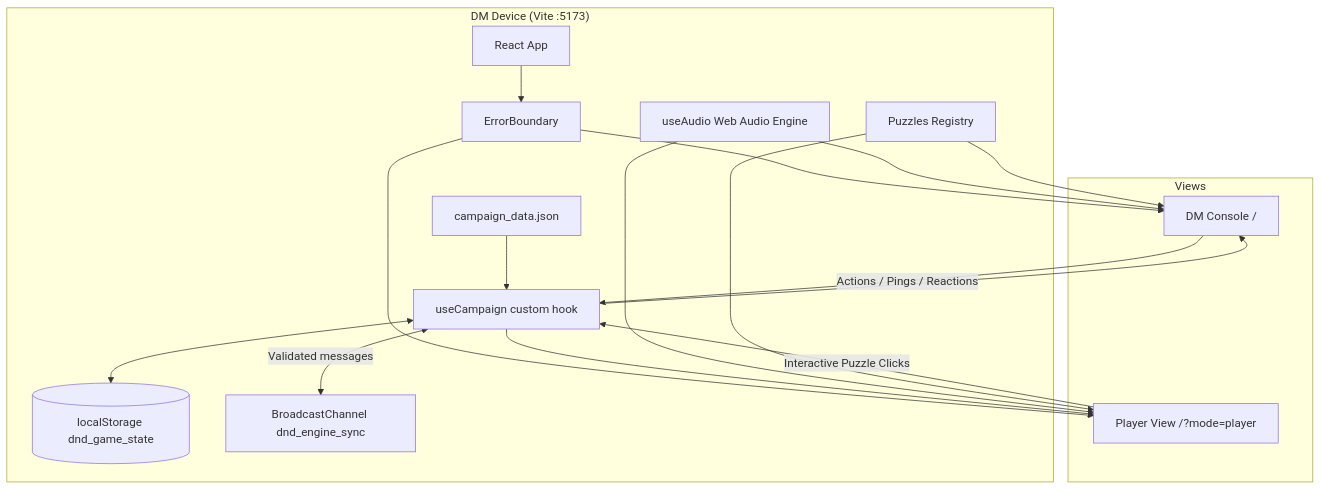
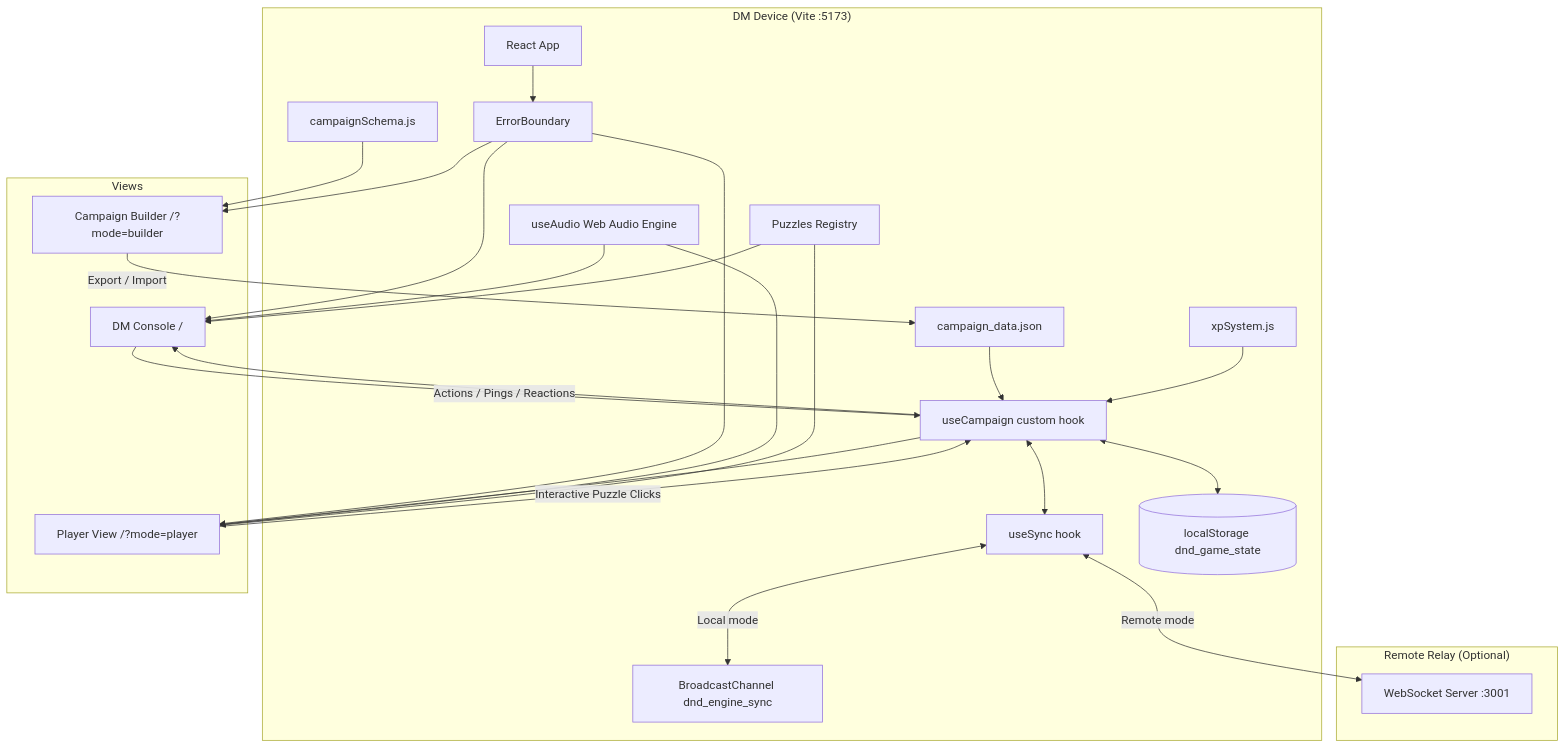
Before and after one commit to lanoitcif/ddcamp: the first of 2 diagrams in documentation.md, drawn with Mermaid. The commit also changed other lines of this file and 11 other files, not shown here.

````diff
--- a/documentation.md
+++ b/documentation.md
@@ -44,34 +77,48 @@
 ```mermaid
 graph TD
     subgraph Host["DM Device (Vite :5173)"]
         App[React App]
         EB[ErrorBoundary]
         Hook[useCampaign custom hook]
+        Sync[useSync hook]
         LS[(localStorage dnd_game_state)]
         BC[BroadcastChannel dnd_engine_sync]
         Audio[useAudio Web Audio Engine]
         Puzzles[Puzzles Registry]
         Data[campaign_data.json]
+        XP[xpSystem.js]
+        Schema[campaignSchema.js]
     end
 
     subgraph Views
         DM[DM Console /]
         TV[Player View /?mode=player]
+        Builder[Campaign Builder /?mode=builder]
+    end
+
+    subgraph Remote["Remote Relay (Optional)"]
+        WS[WebSocket Server :3001]
     end
 
     Data --> Hook
     Hook <--> LS
-    Hook <-->|Validated messages| BC
+    Hook <--> Sync
+    Sync <-->|Local mode| BC
+    Sync <-->|Remote mode| WS
+    XP --> Hook
+    Schema --> Builder
     App --> EB
     EB --> DM
     EB --> TV
+    EB --> Builder
     Hook --> DM
     Hook --> TV
     Audio --> DM
     Audio --> TV
     Puzzles --> DM
     Puzzles --> TV
 
     DM -->|Actions / Pings / Reactions| Hook
     TV -->|Interactive Puzzle Clicks| Hook
+    Builder -->|Export / Import| Data
 ```
````
